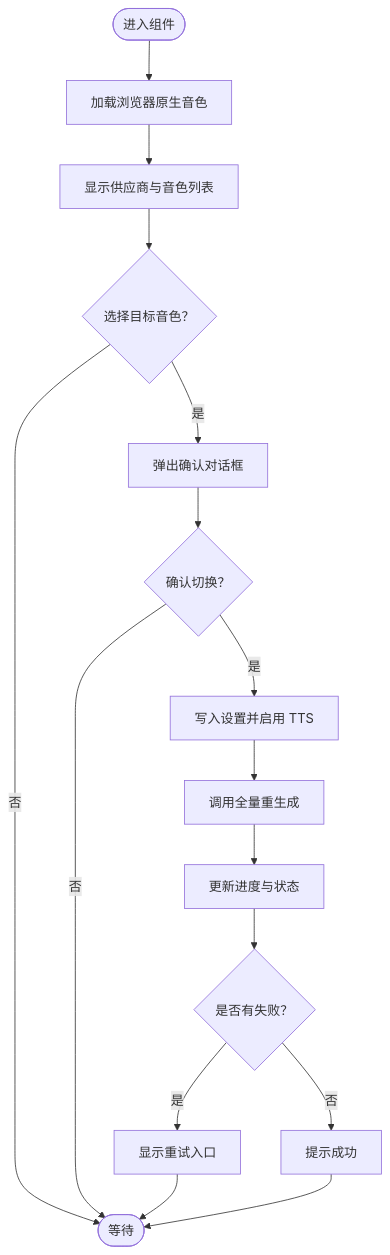
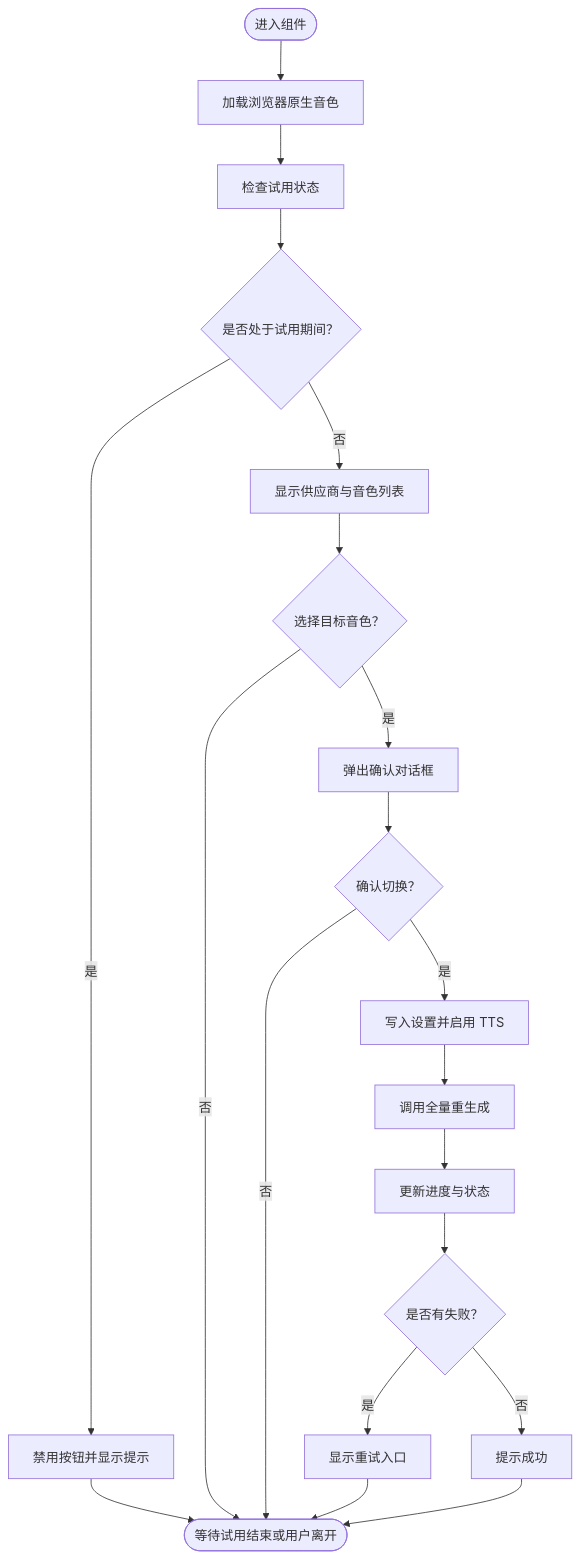
The fifth of 12 diagrams in .qoder/repowiki/zh/content/UI 组件系统/课堂播放组件/导师语音切换器组件.md (huangboheng/OpenMAIC), drawn with Mermaid before and after one commit. The commit also changed other lines of this file and 41 other files, not shown here.

````diff
--- a/.qoder/repowiki/zh/content/UI 组件系统/课堂播放组件/导师语音切换器组件.md
+++ b/.qoder/repowiki/zh/content/UI 组件系统/课堂播放组件/导师语音切换器组件.md
@@ -253,18 +364,22 @@
 ```mermaid
 flowchart TD
 Start(["进入组件"]) --> LoadVoices["加载浏览器原生音色"]
-LoadVoices --> ShowPopover["显示供应商与音色列表"]
+LoadVoices --> CheckTrial["检查试用状态"]
+CheckTrial --> IsTrial{"是否处于试用期间？"}
+IsTrial --> |是| DisableButton["禁用按钮并显示提示"]
+IsTrial --> |否| ShowPopover["显示供应商与音色列表"]
+DisableButton --> Wait(["等待试用结束或用户离开"])
 ShowPopover --> SelectVoice{"选择目标音色？"}
-SelectVoice --> |否| End(["等待"])
+SelectVoice --> |否| Wait
 SelectVoice --> |是| ConfirmDialog["弹出确认对话框"]
 ConfirmDialog --> Confirm{"确认切换？"}
-Confirm --> |否| End
+Confirm --> |否| Wait
 Confirm --> |是| Apply["写入设置并启用 TTS"]
 Apply --> Regen["调用全量重生成"]
 Regen --> Progress["更新进度与状态"]
 Progress --> Result{"是否有失败？"}
 Result --> |是| Retry["显示重试入口"]
 Result --> |否| Success["提示成功"]
-Retry --> End
-Success --> End
+Retry --> Wait
+Success --> Wait
 ```
````
